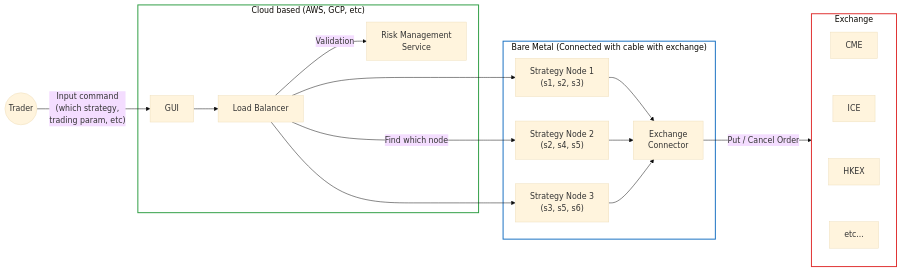
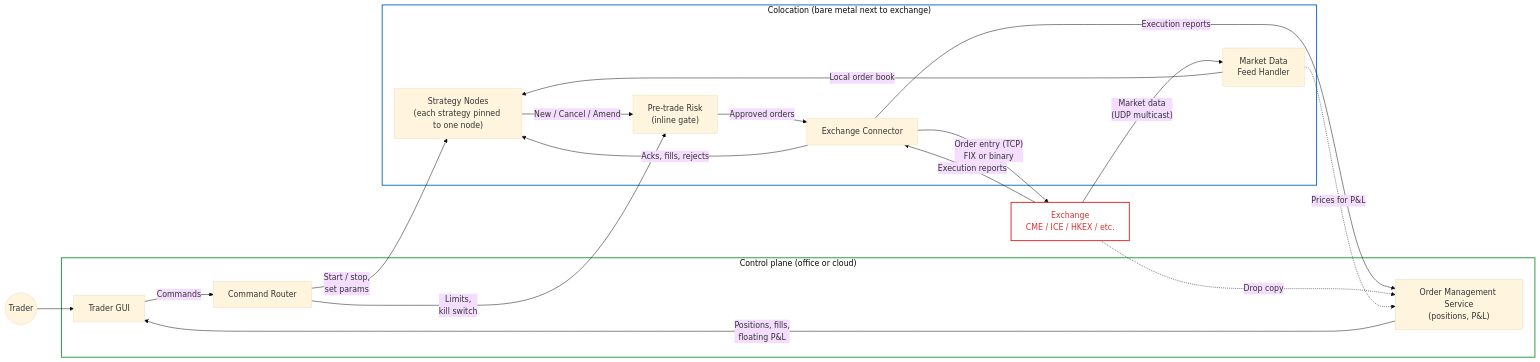
Before and after one commit to papannnn/Trading-Engine-Simulator: the first of 3 diagrams in 01-introduction/README.md, drawn with Mermaid (base theme). The commit also changed other lines of this file, not shown here.

Commit message:
new diagram

````diff
--- a/01-introduction/README.md
+++ b/01-introduction/README.md
@@ -10,30 +12,38 @@
 ```mermaid
 flowchart LR
-    Trader((Trader)) -- "Input command<br/>(which strategy,<br/>trading param, etc)" --> GUI
+    Trader((Trader)) --> GUI
 
-    subgraph Cloud["Cloud based (AWS, GCP, etc)"]
-        GUI[GUI] --> LB[Load Balancer]
-        LB -- Validation --> Risk[Risk Management<br/>Service]
+    subgraph Control["Control plane (office or cloud)"]
+        GUI[Trader GUI]
+        Router[Command Router]
+        OMS["Order Management Service<br/>(positions, P&L)"]
+        GUI -- "Commands" --> Router
+        OMS -- "Positions, fills,<br/>floating P&L" --> GUI
     end
 
-    LB ---> N1
-    LB -- "Find which node" ---> N2
-    LB ---> N3
-
-    subgraph BareMetal["Bare Metal (Connected with cable with exchange)"]
-        N1["Strategy Node 1<br/>(s1, s2, s3)"] --> EC[Exchange<br/>Connector]
-        N2["Strategy Node 2<br/>(s2, s4, s5)"] --> EC
-        N3["Strategy Node 3<br/>(s3, s5, s6)"] --> EC
+    subgraph Colo["Colocation (bare metal next to exchange)"]
+        MDFH["Market Data<br/>Feed Handler"]
+        Strategy["Strategy Nodes<br/>(each strategy pinned to one node)"]
+        Risk["Pre-trade Risk<br/>(inline gate)"]
+        EC[Exchange Connector]
+        MDFH -- "Local order book" --> Strategy
+        Strategy -- "New / Cancel / Amend" --> Risk
+        Risk -- "Approved orders" --> EC
+        EC -- "Acks, fills, rejects" --> Strategy
     end
 
-    EC -- "Put / Cancel Order" --> Exchange
+    Router -- "Start / stop,<br/>set params" --> Strategy
+    Router -- "Limits,<br/>kill switch" --> Risk
 
-    subgraph Exchange
-        direction TB
-        CME ~~~ ICE ~~~ HKEX ~~~ ETC["etc..."]
-    end
+    EX["Exchange<br/>CME / ICE / HKEX / etc."]
+    EC -- "Order entry (TCP)<br/>FIX or binary" --> EX
+    EX -- "Execution reports" --> EC
+    EX -- "Market data<br/>(UDP multicast)" --> MDFH
+    EC -- "Execution reports" --> OMS
+    EX -. "Drop copy" .-> OMS
+    MDFH -. "Prices for P&L" .-> OMS
 
-    style Cloud fill:none,stroke:#2f9e44,stroke-width:2px
-    style BareMetal fill:none,stroke:#1971c2,stroke-width:2px
-    style Exchange fill:none,stroke:#e03131,stroke-width:2px
+    style Control fill:none,stroke:#2f9e44,stroke-width:2px
+    style Colo fill:none,stroke:#1971c2,stroke-width:2px
+    style EX fill:none,stroke:#e03131,stroke-width:2px,color:#e03131
 ```
````
